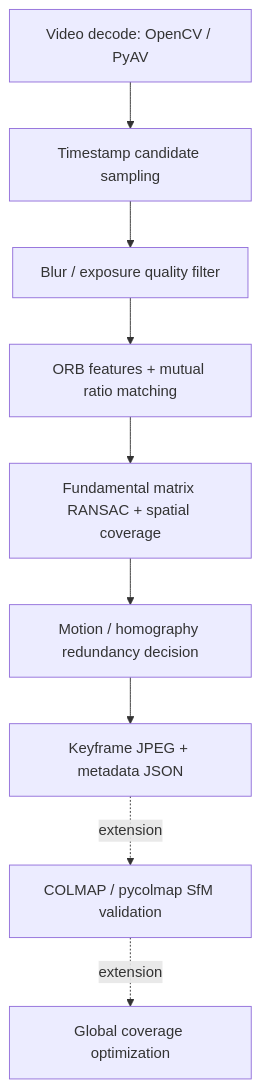
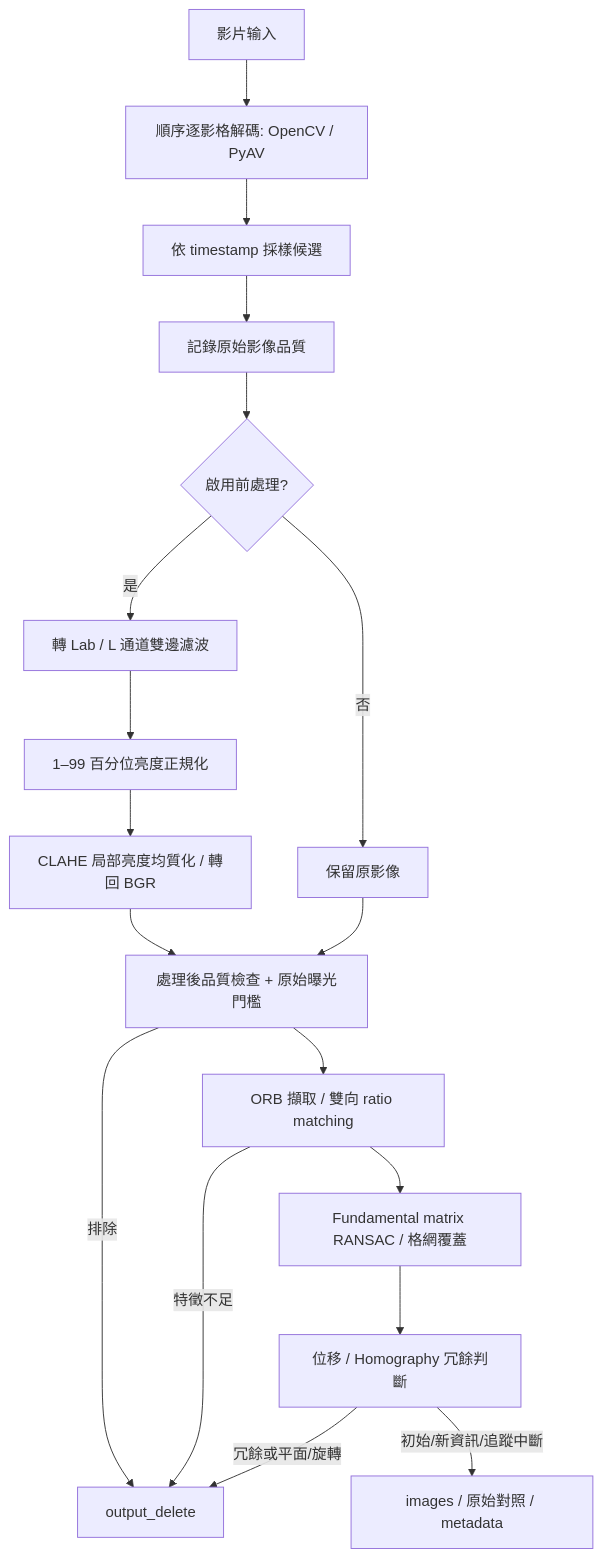
One commit to Hungtsai0223/ai-vehicle-inspection changed the diagram in vehicle_keyframes/README.md. Above: the diagram before and after it, drawn with Mermaid. The commit also changed other lines of this file and 11 other files, not shown here.

````diff
--- a/vehicle_keyframes/README.md
+++ b/vehicle_keyframes/README.md
@@ -31,11 +46,20 @@
 ```mermaid
 flowchart TD
-    A[Video decode: OpenCV / PyAV] --> B[Timestamp candidate sampling]
-    B --> C[Blur / exposure quality filter]
-    C --> D[ORB features + mutual ratio matching]
-    D --> E[Fundamental matrix RANSAC + spatial coverage]
-    E --> F[Motion / homography redundancy decision]
-    F --> G[Keyframe JPEG + metadata JSON]
-    G -. extension .-> H[COLMAP / pycolmap SfM validation]
-    H -. extension .-> I[Global coverage optimization]
+    A[影片输入] --> B[順序逐影格解碼: OpenCV / PyAV]
+    B --> C[依 timestamp 採樣候選]
+    C --> D[記錄原始影像品質]
+    D --> E{啟用前處理?}
+    E -->|是| F[轉 Lab / L 通道雙邊濾波]
+    F --> G[1–99 百分位亮度正規化]
+    G --> H[CLAHE 局部亮度均質化 / 轉回 BGR]
+    E -->|否| I[保留原影像]
+    H --> J[處理後品質檢查 + 原始曝光門檻]
+    I --> J
+    J --> K[ORB 擷取 / 雙向 ratio matching]
+    K --> L[Fundamental matrix RANSAC / 格網覆蓋]
+    L --> M[位移 / Homography 冗餘判斷]
+    J -->|排除| N[output_delete]
+    K -->|特徵不足| N
+    M -->|冗餘或平面/旋轉| N
+    M -->|初始/新資訊/追蹤中斷| O[images / 原始對照 / metadata]
 ```
````
